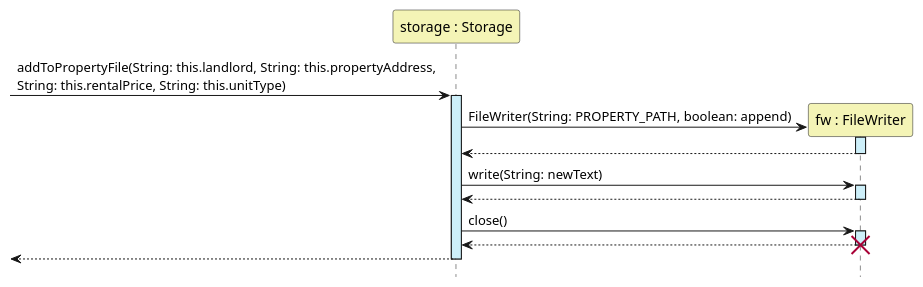
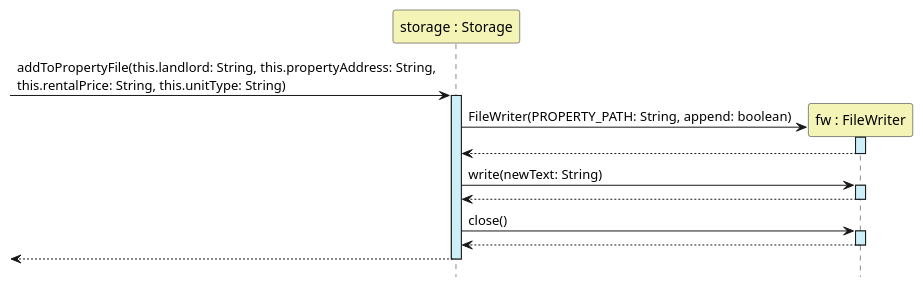
Before and after one commit to nus-cs2113-AY2223S1/tp: the diagram in docs/diagrams/PlantUML File/StorageAddPropertySequenceDiagram.puml, drawn with PlantUML. The commit also changed 16 other files, not shown here.

Commit message:
Update Developer Guide with Find feature and fix incorrect UML diagram

```diff
--- a/docs/diagrams/PlantUML File/StorageAddPropertySequenceDiagram.puml
+++ b/docs/diagrams/PlantUML File/StorageAddPropertySequenceDiagram.puml
@@ -1,29 +1,28 @@
 @startuml
 'https://plantuml.com/sequence-diagram
 
 hide footbox
 
 Participant "storage : Storage" as Storage #F4F4B6
 Participant "fw : FileWriter" as FileWriter #F4F4B6
 
 
-->Storage:addToPropertyFile(String: this.landlord, String: this.propertyAddress, \nString: this.rentalPrice, String: this.unitType)
+->Storage:addToPropertyFile(this.landlord: String, this.propertyAddress: String, \nthis.rentalPrice: String, this.unitType: String)
 activate Storage #CDEFF9
 
 create FileWriter
-Storage -> FileWriter:FileWriter(String: PROPERTY_PATH, boolean: append)
+Storage -> FileWriter:FileWriter(PROPERTY_PATH: String, append: boolean)
 activate FileWriter #CDEFF9
 return
 
-Storage -> FileWriter:write(String: newText)
+Storage -> FileWriter:write(newText: String)
 activate FileWriter #CDEFF9
 return
 
 Storage -> FileWriter:close()
 activate FileWriter #CDEFF9
 return
-destroy FileWriter
 
 return
 
 @enduml
```
